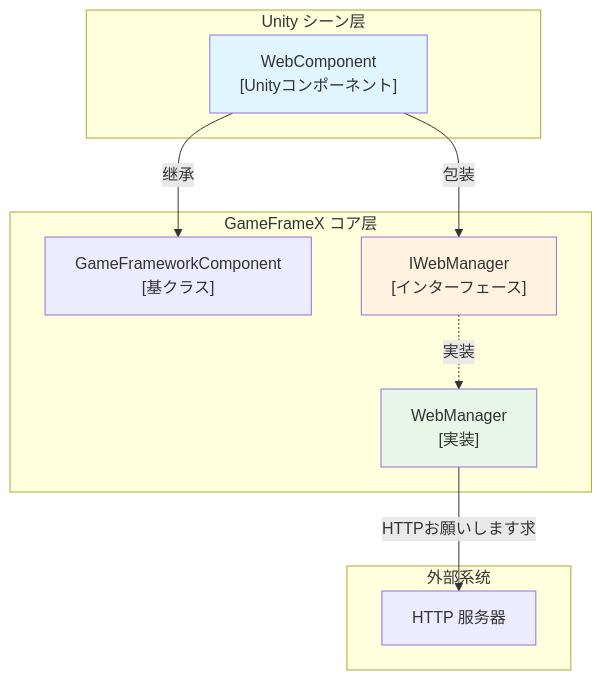
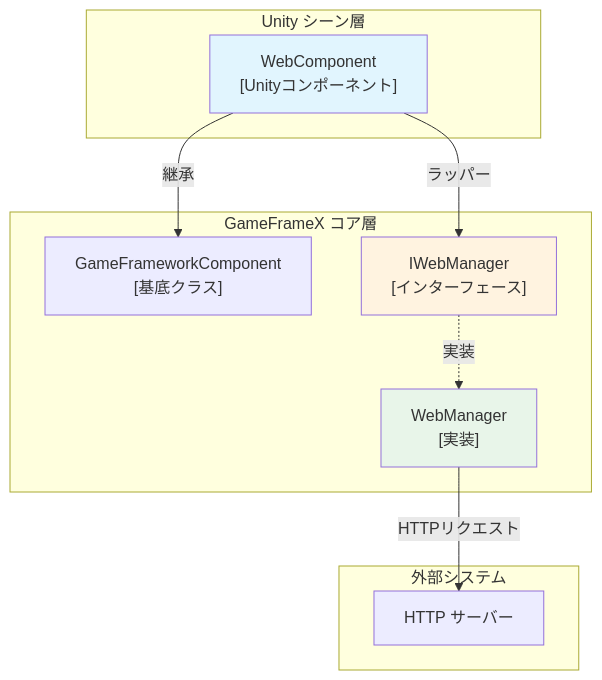
Before and after one commit to AlianBlank/GameFrameX.Docs: the first of 3 diagrams in docs/ja/client/unity/component/web/08.web-component.md, drawn with Mermaid. The commit also changed other lines of this file and 320 other files, not shown here.

````diff
--- a/docs/ja/client/unity/component/web/08.web-component.md
+++ b/docs/ja/client/unity/component/web/08.web-component.md
@@ -18,25 +18,25 @@
 ```mermaid
 graph TD
-    subgraph Unity["Unity シーン层"]
+    subgraph Unity["Unity シーン層"]
         WebComp["WebComponent<br/>[Unityコンポーネント]"]
     end
 
-    subgraph GameFrameX["GameFrameX コア层"]
-        GFC["GameFrameworkComponent<br/>[基クラス]"]
+    subgraph GameFrameX["GameFrameX コア層"]
+        GFC["GameFrameworkComponent<br/>[基底クラス]"]
         WebManager["IWebManager<br/>[インターフェース]"]
         WebMgrImpl["WebManager<br/>[実装]"]
     end
 
-    subgraph External["外部系统"]
-        HTTP["HTTP 服务器"]
+    subgraph External["外部システム"]
+        HTTP["HTTP サーバー"]
     end
 
-    WebComp -->|继承| GFC
-    WebComp -->|包装| WebManager
+    WebComp -->|継承| GFC
+    WebComp -->|ラッパー| WebManager
     WebManager -.->|実装| WebMgrImpl
-    WebMgrImpl -->|HTTPお願いします求| HTTP
+    WebMgrImpl -->|HTTPリクエスト| HTTP
     
     style WebComp fill:#e1f5fe
     style WebManager fill:#fff3e0
     style WebMgrImpl fill:#e8f5e9
 ```
````
